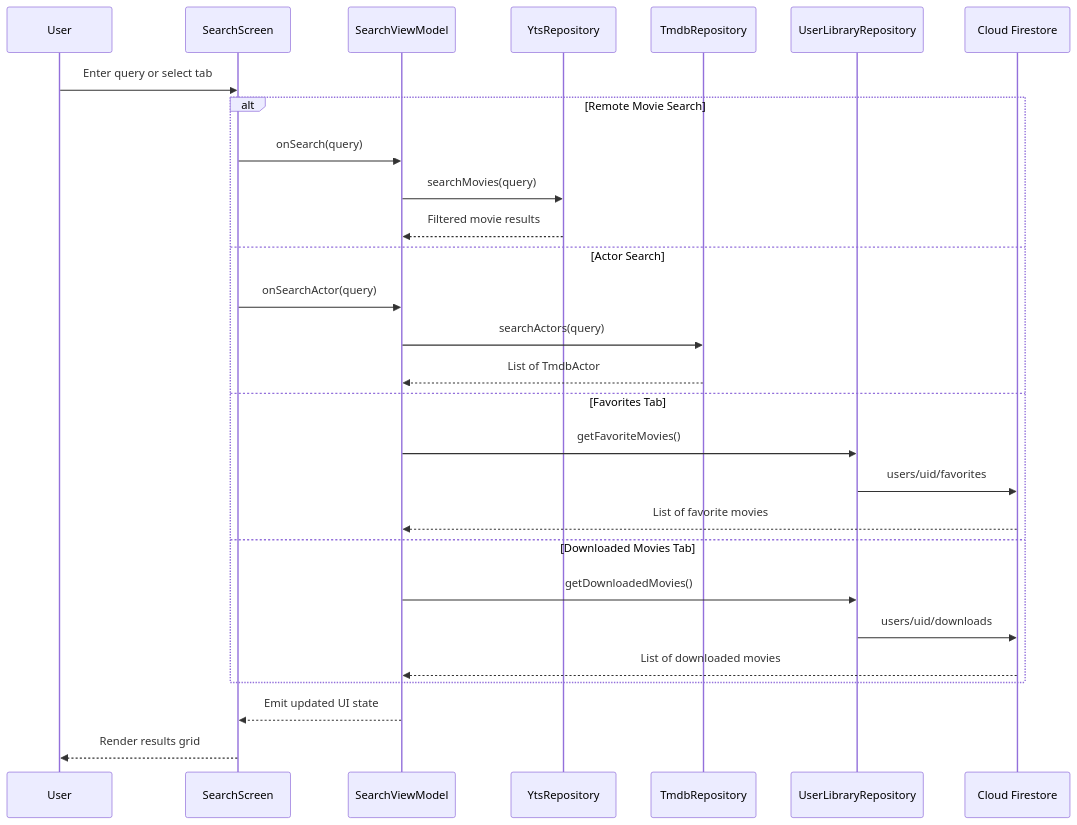
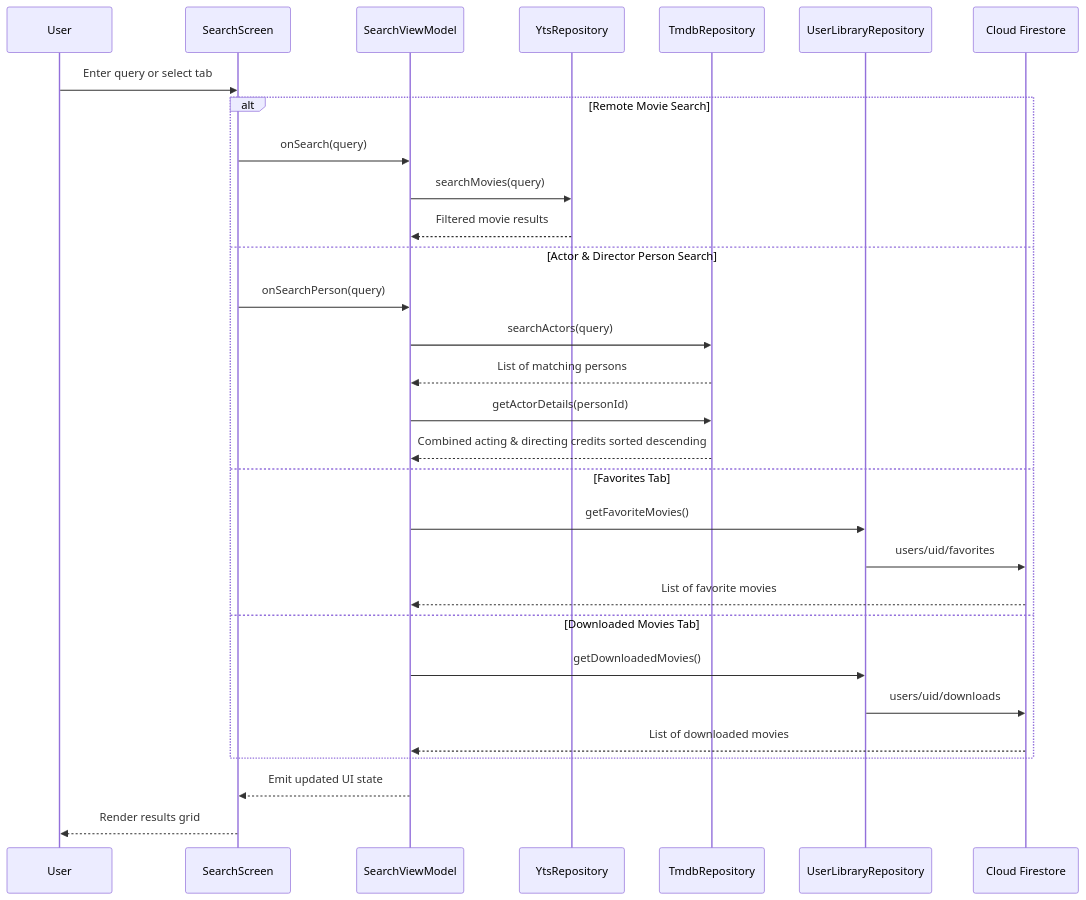
The sixth of 15 diagrams in ARCHITECTURE.md (martinrevert/LaTorrentola), drawn with Mermaid before and after one commit. The commit also changed other lines of this file and 13 other files, not shown here.

````diff
--- a/ARCHITECTURE.md
+++ b/ARCHITECTURE.md
@@ -622,31 +626,33 @@
 ```mermaid
 sequenceDiagram
     participant U as User
     participant SS as SearchScreen
     participant VM as SearchViewModel
     participant YTS as YtsRepository
     participant TR as TmdbRepository
     participant UR as UserLibraryRepository
     participant FS as Cloud Firestore
 
     U->>SS: Enter query or select tab
     alt Remote Movie Search
         SS->>VM: onSearch(query)
         VM->>YTS: searchMovies(query)
         YTS-->>VM: Filtered movie results
-    else Actor Search
-        SS->>VM: onSearchActor(query)
+    else Actor & Director Person Search
+        SS->>VM: onSearchPerson(query)
         VM->>TR: searchActors(query)
-        TR-->>VM: List of TmdbActor
+        TR-->>VM: List of matching persons
+        VM->>TR: getActorDetails(personId)
+        TR-->>VM: Combined acting & directing credits sorted descending
     else Favorites Tab
         VM->>UR: getFavoriteMovies()
         UR->>FS: users/uid/favorites
         FS-->>VM: List of favorite movies
     else Downloaded Movies Tab
         VM->>UR: getDownloadedMovies()
         UR->>FS: users/uid/downloads
         FS-->>VM: List of downloaded movies
     end
     VM-->>SS: Emit updated UI state
     SS-->>U: Render results grid
 ```
````
